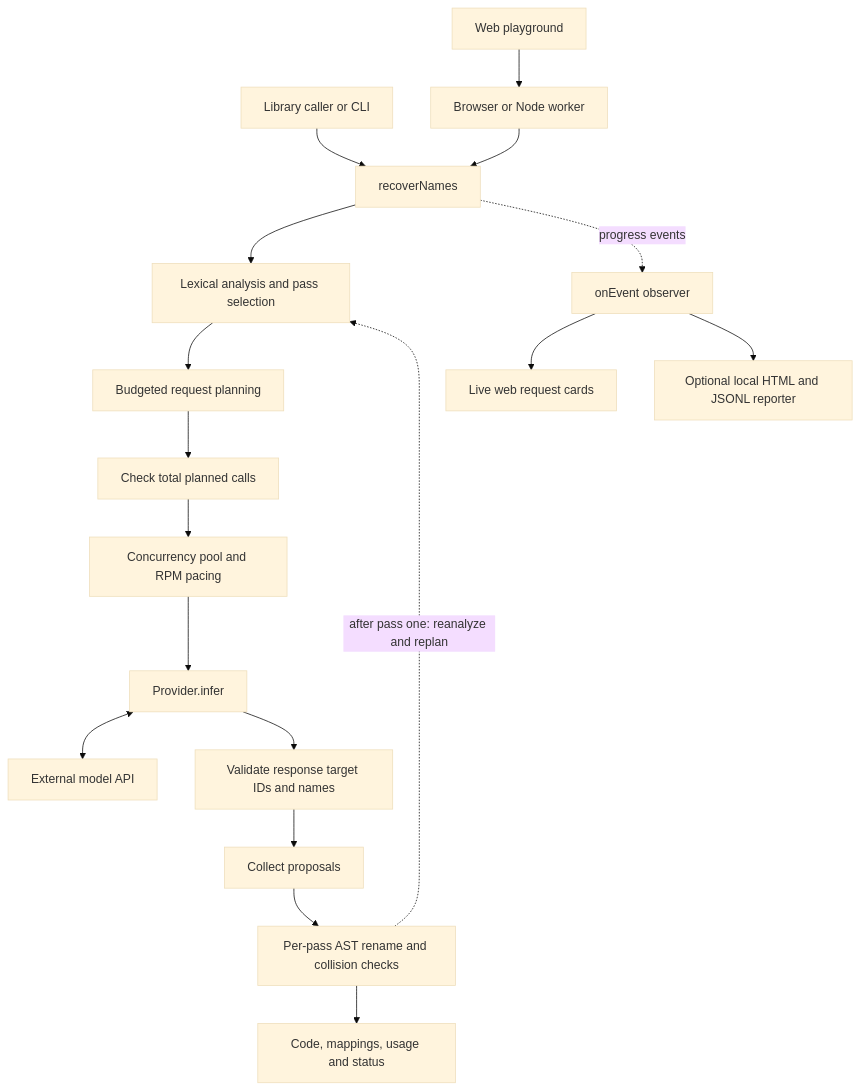
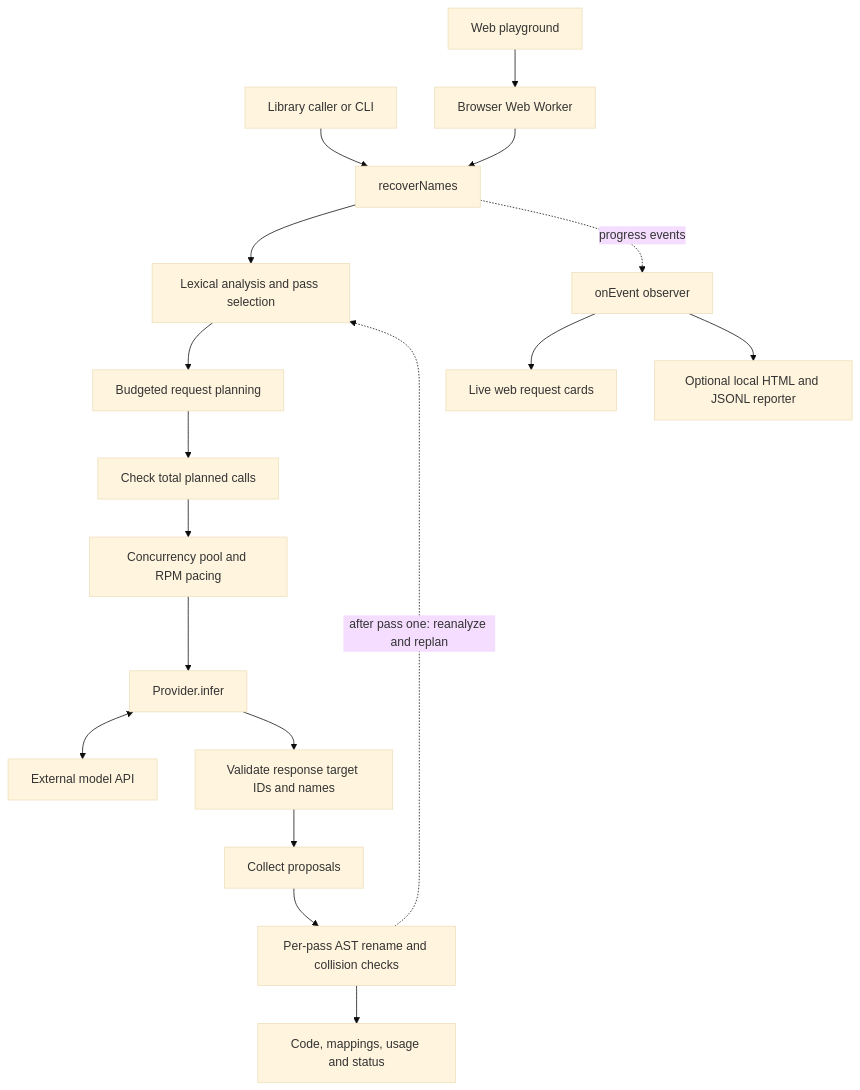
The first of 4 diagrams in docs/architecture.md (123wwwa/FlowName), drawn with Mermaid (base theme) before and after one commit. The commit also changed other lines of this file and 13 other files, not shown here.

````diff
--- a/docs/architecture.md
+++ b/docs/architecture.md
@@ -11,20 +11,20 @@
 ```mermaid
 flowchart TD
     Caller[Library caller or CLI] --> Core[recoverNames]
-    Browser[Web playground] --> Worker[Browser or Node worker]
+    Browser[Web playground] --> Worker[Browser Web Worker]
     Worker --> Core
     Core --> Analyze[Lexical analysis and pass selection]
     Analyze --> Plan[Budgeted request planning]
     Plan --> Gate[Check total planned calls]
     Gate --> Schedule[Concurrency pool and RPM pacing]
     Schedule --> Provider[Provider.infer]
     Provider <--> API[External model API]
     Provider --> Validate[Validate response target IDs and names]
     Validate --> Collect[Collect proposals]
     Collect --> Rename[Per-pass AST rename and collision checks]
     Rename -. after pass one: reanalyze and replan .-> Analyze
     Rename --> Result[Code, mappings, usage and status]
     Core -. progress events .-> Observer[onEvent observer]
     Observer --> UI[Live web request cards]
     Observer --> Report[Optional local HTML and JSONL reporter]
 ```
````
